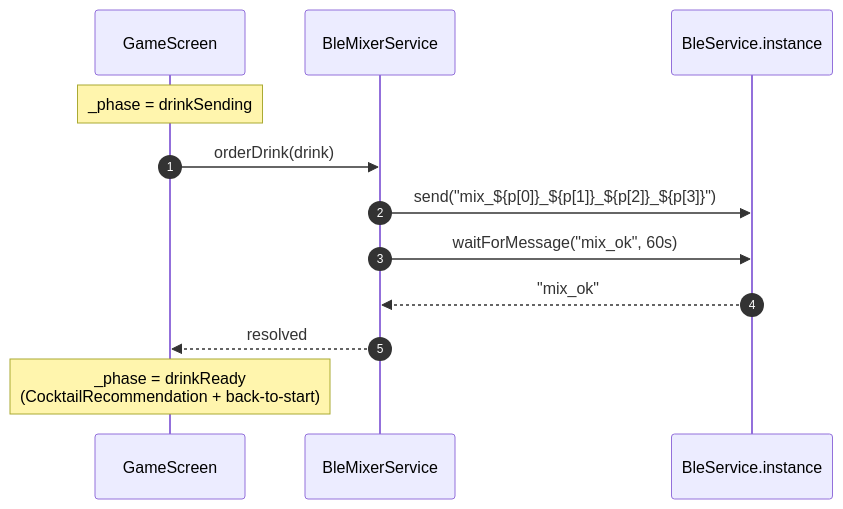
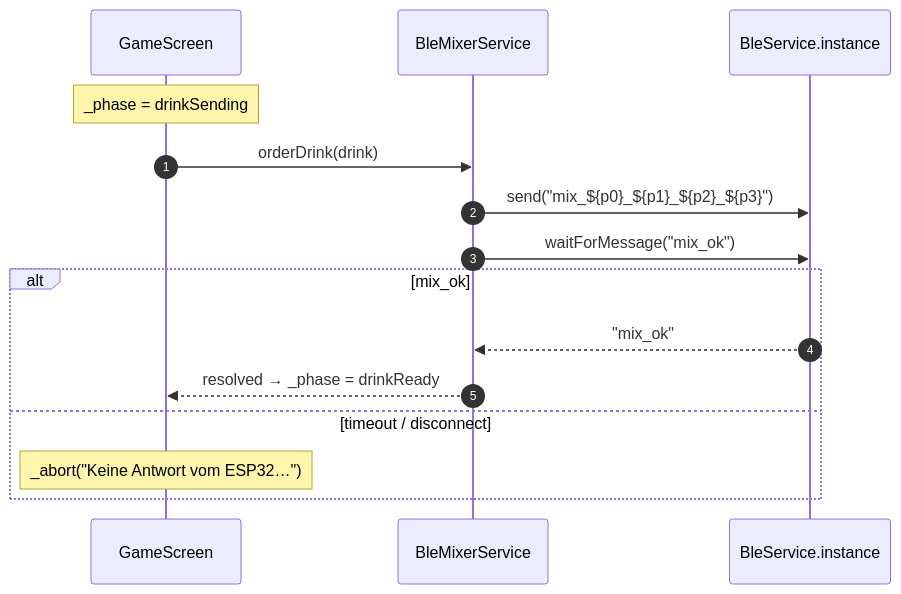
The ninth of 9 diagrams in docs/frontend/sequence-diagrams.md (Hubert005/IoT_Projekt), drawn with Mermaid before and after one commit. The commit also changed other lines of this file and 19 other files, not shown here.

````diff
--- a/docs/frontend/sequence-diagrams.md
+++ b/docs/frontend/sequence-diagrams.md
@@ -163,14 +192,17 @@
 ```mermaid
 sequenceDiagram
     autonumber
     participant Game as GameScreen
     participant BMS as BleMixerService
     participant Ble as BleService.instance
     Note over Game: _phase = drinkSending
     Game->>BMS: orderDrink(drink)
-    BMS->>Ble: send("mix_${p[0]}_${p[1]}_${p[2]}_${p[3]}")
-    BMS->>Ble: waitForMessage("mix_ok", 60s)
-    Ble-->>BMS: "mix_ok"
-    BMS-->>Game: resolved
-    Note over Game: _phase = drinkReady<br/>(CocktailRecommendation + back-to-start)
+    BMS->>Ble: send("mix_${p0}_${p1}_${p2}_${p3}")
+    BMS->>Ble: waitForMessage("mix_ok")
+    alt mix_ok
+        Ble-->>BMS: "mix_ok"
+        BMS-->>Game: resolved → _phase = drinkReady
+    else timeout / disconnect
+        Note over Game: _abort("Keine Antwort vom ESP32…")
+    end
 ```
````
